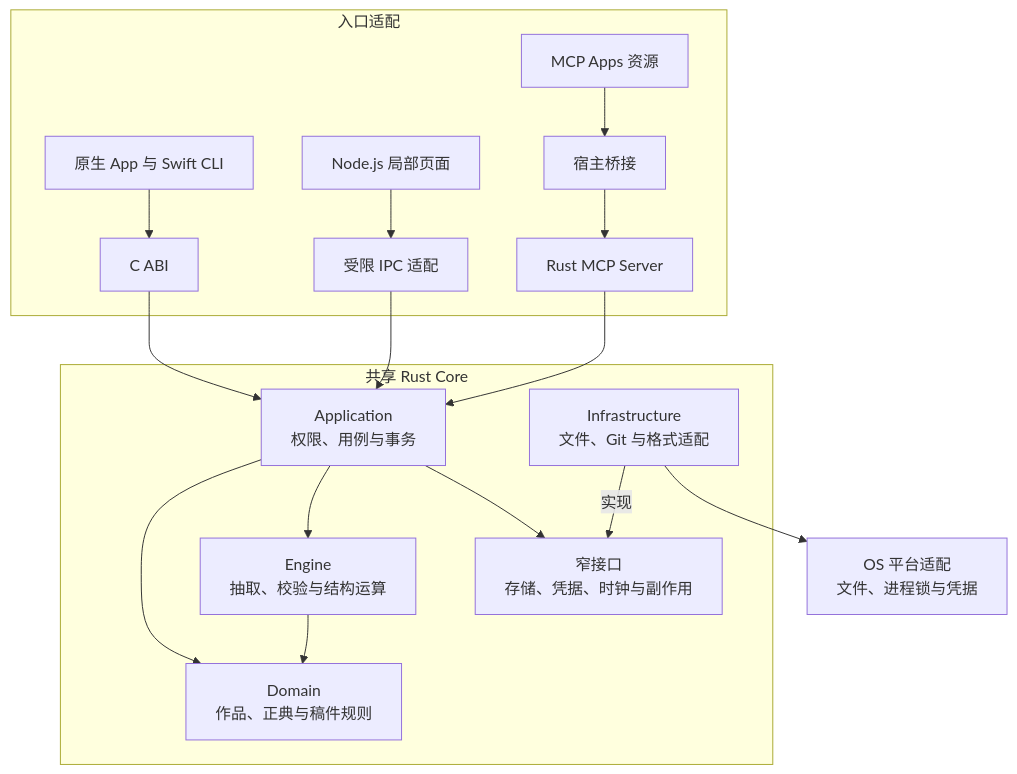
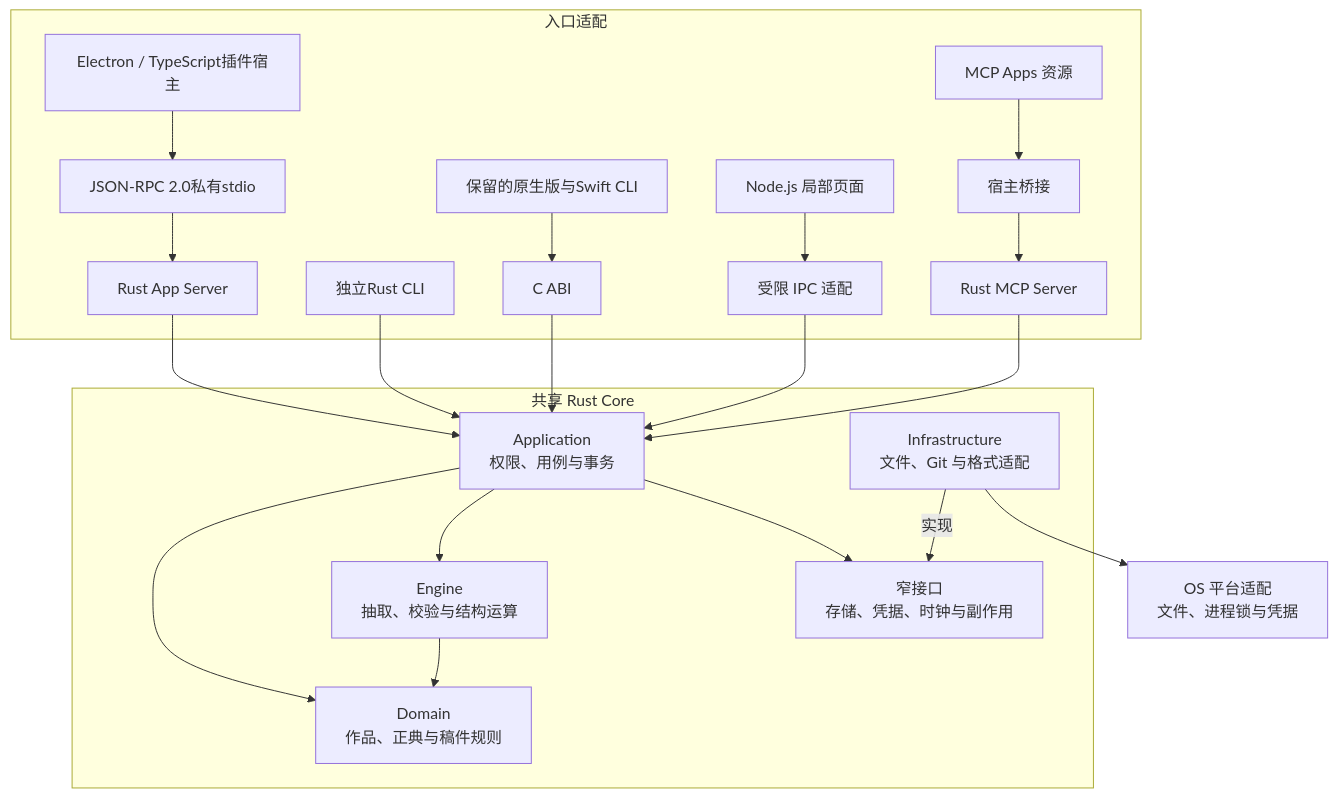
The second of 54 diagrams in docs/23-业务流程与MCP时序.md (limecloud/hetu), drawn with Mermaid before and after one commit. The commit also changed other lines of this file and 729 other files, not shown here.

````diff
--- a/docs/23-业务流程与MCP时序.md
+++ b/docs/23-业务流程与MCP时序.md
@@ -45,26 +45,31 @@
 ```mermaid
 flowchart TD
     subgraph entry["入口适配"]
-        native["原生 App 与 Swift CLI"] --> abi["C ABI"]
+        desktop["Electron / TypeScript插件宿主"] --> rpc["JSON-RPC 2.0私有stdio"]
+        rpc --> server["Rust App Server"]
+        cli["独立Rust CLI"]
+        native["保留的原生版与Swift CLI"] --> abi["C ABI"]
         mcp["Rust MCP Server"]
         web["Node.js 局部页面"] --> ipc["受限 IPC 适配"]
         appUi["MCP Apps 资源"] --> hostBridge["宿主桥接"]
         hostBridge --> mcp
     end
     subgraph kernel["共享 Rust Core"]
         application["Application<br/>权限、用例与事务"]
         domain["Domain<br/>作品、正典与稿件规则"]
         engine["Engine<br/>抽取、校验与结构运算"]
         ports["窄接口<br/>存储、凭据、时钟与副作用"]
         infrastructure["Infrastructure<br/>文件、Git 与格式适配"]
         application --> domain
         application --> engine
         application --> ports
         engine --> domain
         infrastructure -->|"实现"| ports
     end
+    server --> application
+    cli --> application
     abi --> application
     mcp --> application
     ipc --> application
     infrastructure --> os["OS 平台适配<br/>文件、进程锁与凭据"]
 ```
````
